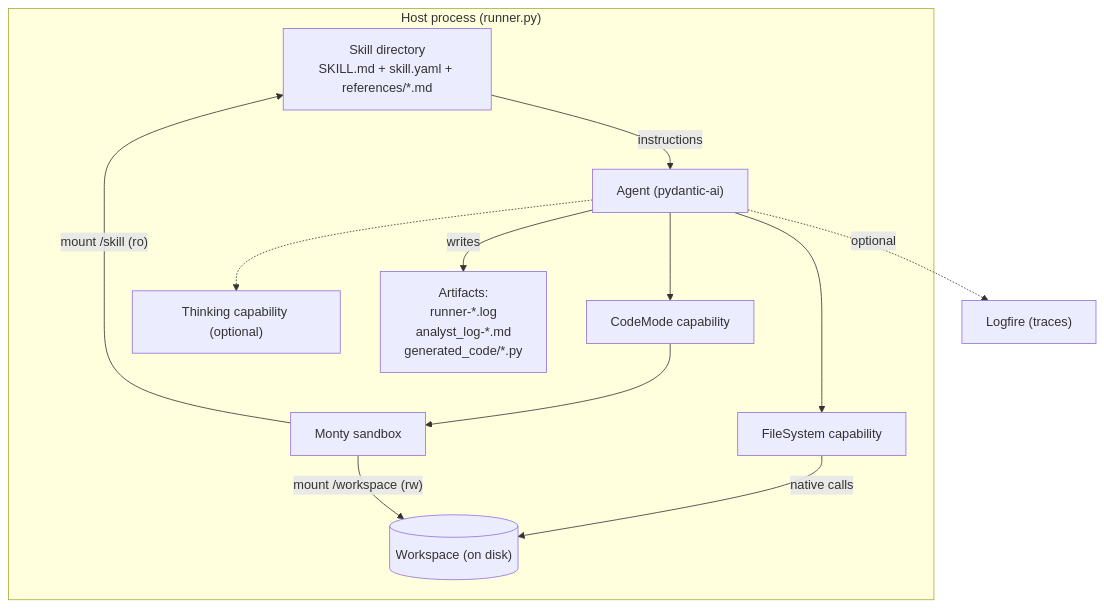
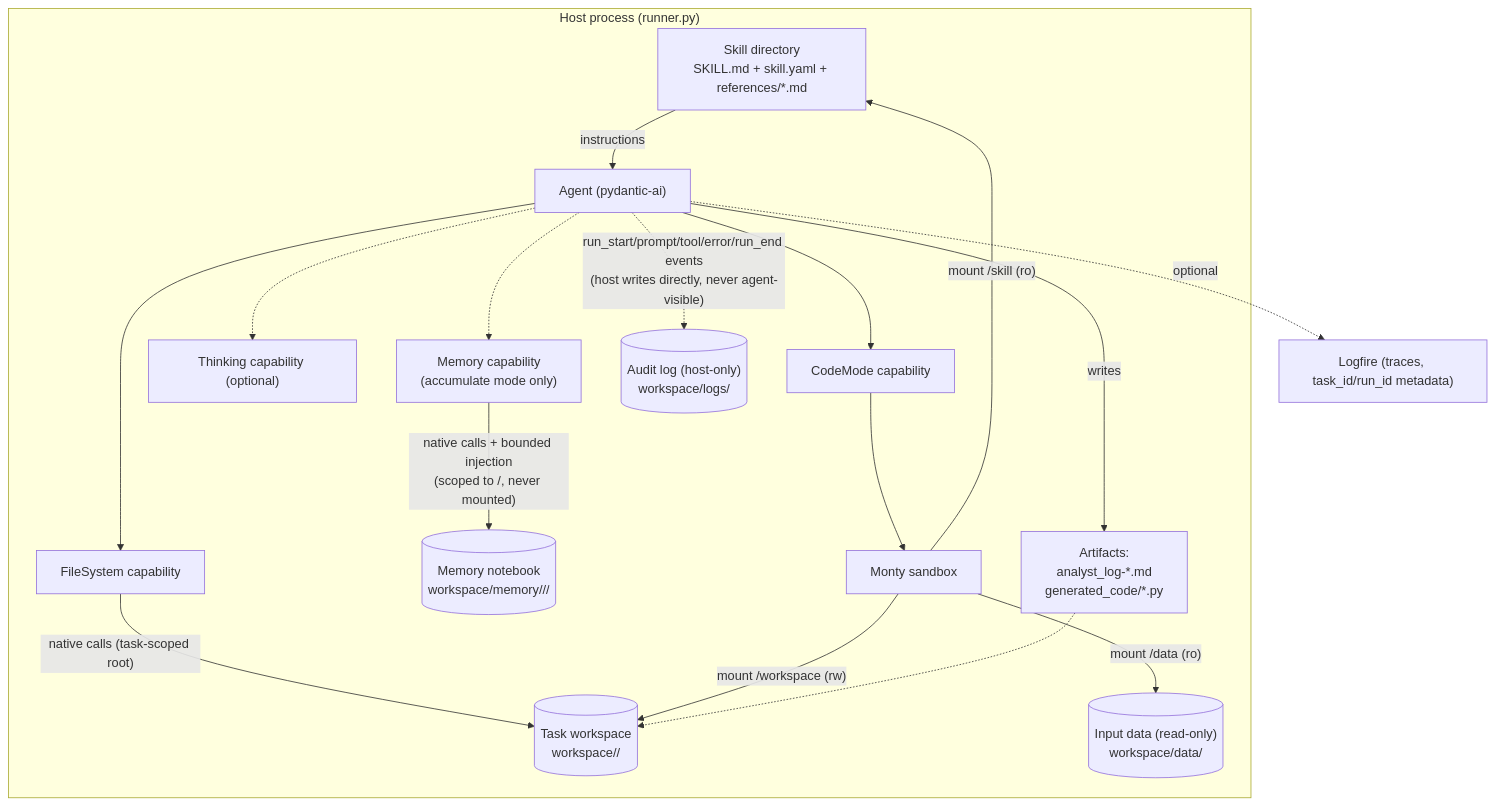
The first of 2 diagrams in ARCHITECTURE.md (mdfranz/pydantic-security-skills), drawn with Mermaid before and after one commit. The commit also changed other lines of this file and 7 other files, not shown here.

First line of the commit message:
Add task-scoped workspaces (accumulate/pristine) and cross-session agent memory

````diff
--- a/ARCHITECTURE.md
+++ b/ARCHITECTURE.md
@@ -17,25 +17,34 @@
 ```mermaid
 flowchart TB
     subgraph Host["Host process (runner.py)"]
         Skill["Skill directory\nSKILL.md + skill.yaml + references/*.md"]
         Agent["Agent (pydantic-ai)"]
         FS["FileSystem capability"]
         CM["CodeMode capability"]
         Think["Thinking capability (optional)"]
-        Workspace[("Workspace (on disk)")]
+        Mem["Memory capability\n(accumulate mode only)"]
+        TaskWs[("Task workspace\nworkspace/<task>/")]
+        Data[("Input data (read-only)\nworkspace/data/")]
+        Logs[("Audit log (host-only)\nworkspace/logs/")]
+        MemStore[("Memory notebook\nworkspace/memory/<skill>/<task>/")]
         Monty["Monty sandbox"]
-        Artifacts["Artifacts:\nrunner-*.log\nanalyst_log-*.md\ngenerated_code/*.py"]
+        Artifacts["Artifacts:\nanalyst_log-*.md\ngenerated_code/*.py"]
 
         Skill -- "instructions" --> Agent
         Agent --> FS
         Agent --> CM
         Agent -.-> Think
-        FS -- "native calls" --> Workspace
+        Agent -.-> Mem
+        FS -- "native calls (task-scoped root)" --> TaskWs
         CM --> Monty
-        Monty -- "mount /workspace (rw)" --> Workspace
+        Mem -- "native calls + bounded injection\n(scoped to <skill>/<task>, never mounted)" --> MemStore
+        Monty -- "mount /workspace (rw)" --> TaskWs
+        Monty -- "mount /data (ro)" --> Data
         Monty -- "mount /skill (ro)" --> Skill
         Agent -- "writes" --> Artifacts
+        Artifacts -.-> TaskWs
+        Agent -. "run_start/prompt/tool/error/run_end events\n(host writes directly, never agent-visible)" .-> Logs
     end
 
-    Agent -. "optional" .-> Logfire["Logfire (traces)"]
+    Agent -. "optional" .-> Logfire["Logfire (traces, task_id/run_id metadata)"]
 ```
````
